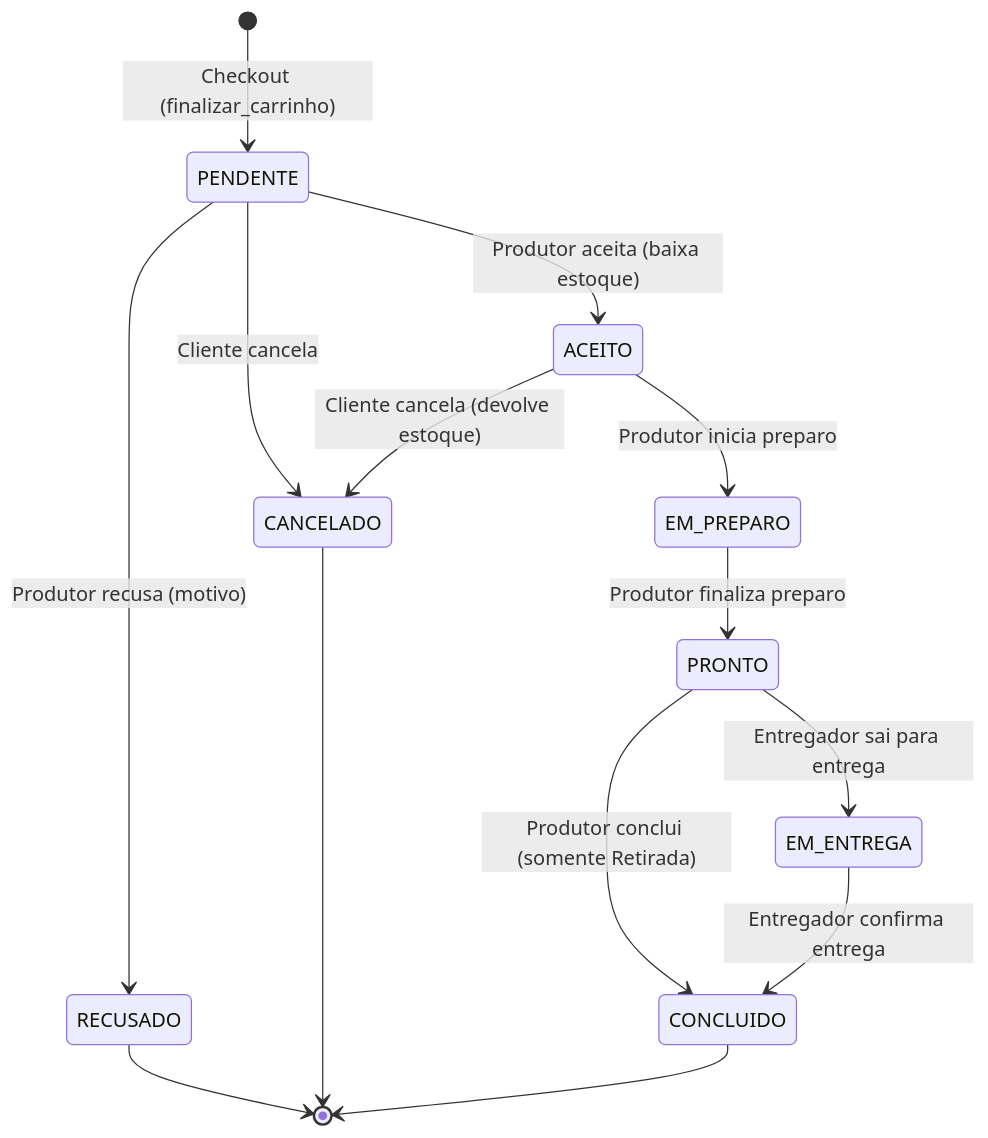
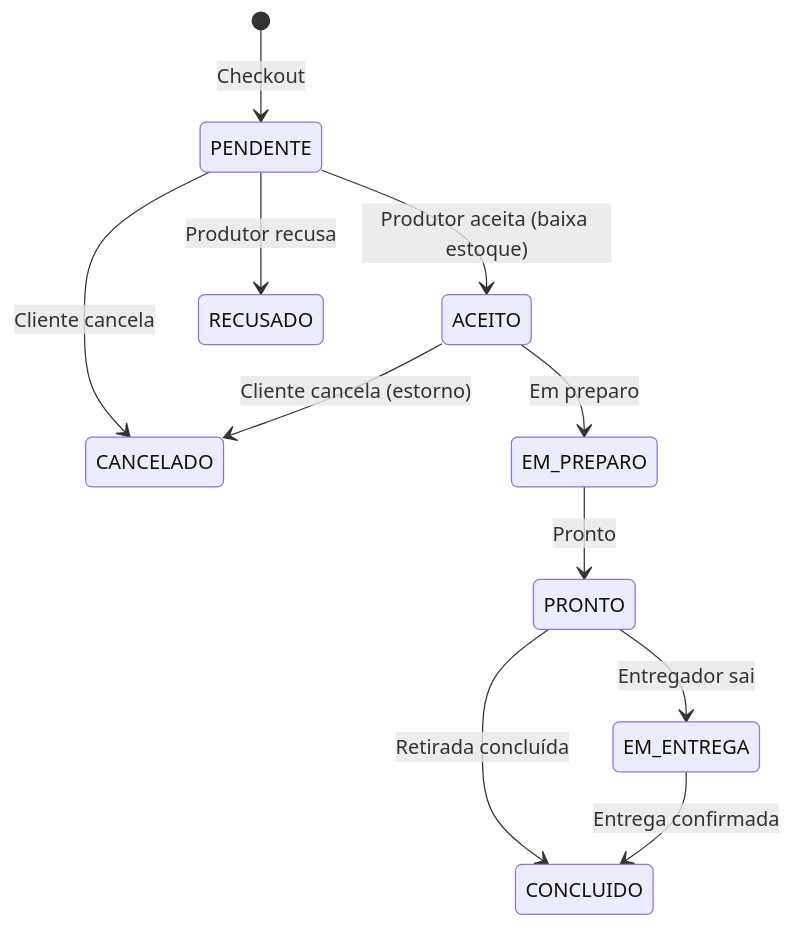
One commit to Enio-Antonio/Feira-Virtual changed the second of 2 diagrams in README.md. Above: the diagram before and after it, drawn with Mermaid. The commit also changed other lines of this file and 1 other file, not shown here.

````diff
--- a/README.md
+++ b/README.md
@@ -451,16 +215,13 @@
 ```mermaid
 stateDiagram-v2
-    [*] --> PENDENTE : Checkout (finalizar_carrinho)
+    [*] --> PENDENTE : Checkout
     PENDENTE --> ACEITO : Produtor aceita (baixa estoque)
-    PENDENTE --> RECUSADO : Produtor recusa (motivo)
+    PENDENTE --> RECUSADO : Produtor recusa
     PENDENTE --> CANCELADO : Cliente cancela
-    ACEITO --> EM_PREPARO : Produtor inicia preparo
-    ACEITO --> CANCELADO : Cliente cancela (devolve estoque)
-    EM_PREPARO --> PRONTO : Produtor finaliza preparo
-    PRONTO --> EM_ENTREGA : Entregador sai para entrega
-    PRONTO --> CONCLUIDO : Produtor conclui (somente Retirada)
-    EM_ENTREGA --> CONCLUIDO : Entregador confirma entrega
-    RECUSADO --> [*]
-    CANCELADO --> [*]
-    CONCLUIDO --> [*]
+    ACEITO --> EM_PREPARO : Em preparo
+    ACEITO --> CANCELADO : Cliente cancela (estorno)
+    EM_PREPARO --> PRONTO : Pronto
+    PRONTO --> EM_ENTREGA : Entregador sai
+    PRONTO --> CONCLUIDO : Retirada concluída
+    EM_ENTREGA --> CONCLUIDO : Entrega confirmada
 ```
````
